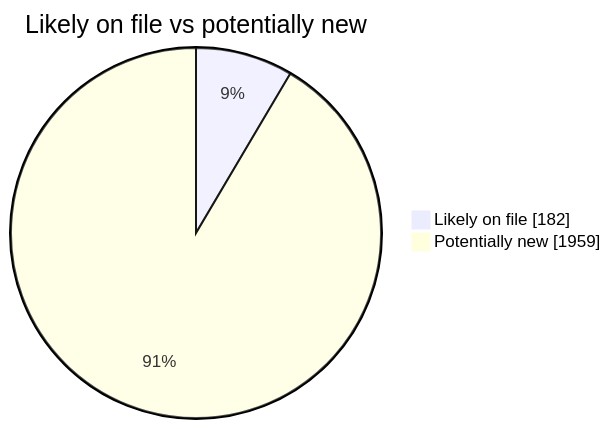
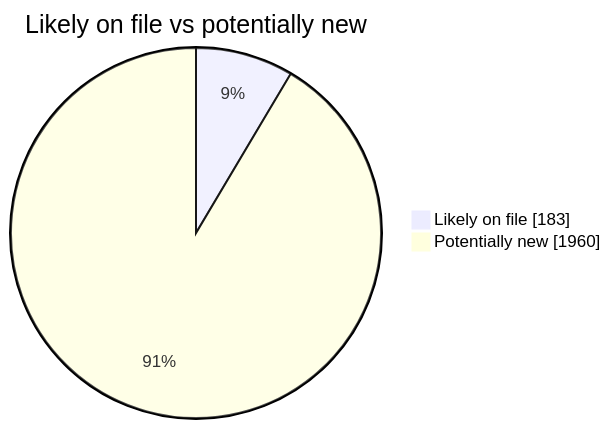
Before and after one commit to martinbalfanz/social-scanner-reports: the second of 4 diagrams in README.md, drawn with Mermaid. The commit also changed other lines of this file and 4 other files, not shown here.

````diff
--- a/README.md
+++ b/README.md
@@ -40,5 +40,5 @@
 ```mermaid
 pie showData title Likely on file vs potentially new
-    "Likely on file" : 182
-    "Potentially new" : 1959
+    "Likely on file" : 183
+    "Potentially new" : 1960
 ```
````
